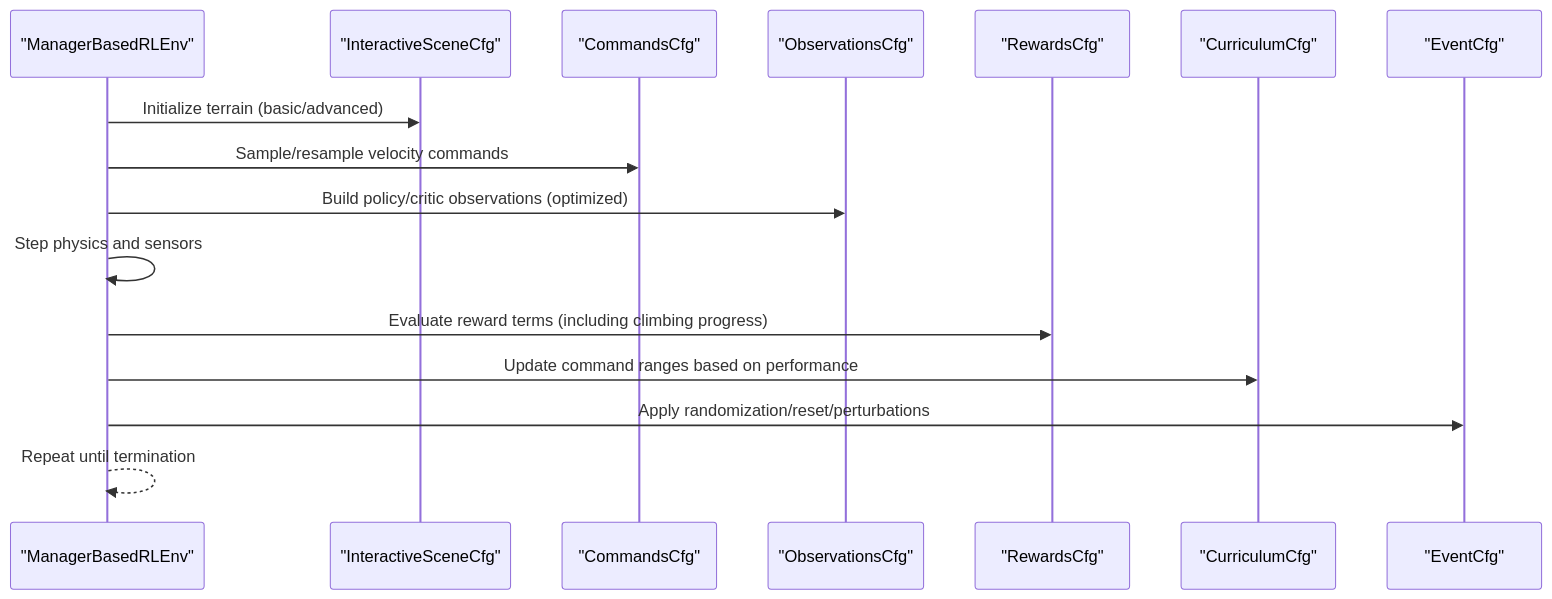
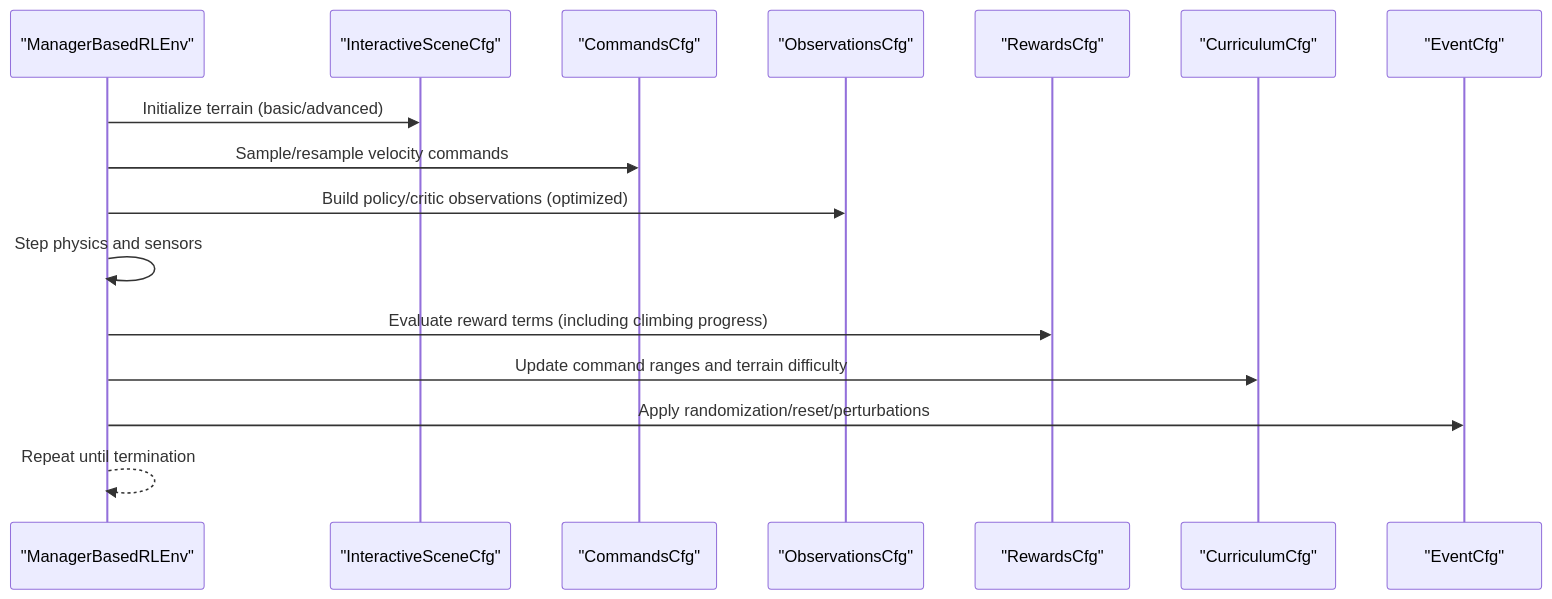
The second of 9 diagrams in .qoder/repowiki/en/content/Task Configuration Framework/Velocity-Based Locomotion Tasks/Velocity-Based Locomotion Tasks.md (jayjayhust/robot_lab), drawn with Mermaid before and after one commit. The commit also changed other lines of this file and 168 other files, not shown here.

````diff
--- a/.qoder/repowiki/en/content/Task Configuration Framework/Velocity-Based Locomotion Tasks/Velocity-Based Locomotion Tasks.md
+++ b/.qoder/repowiki/en/content/Task Configuration Framework/Velocity-Based Locomotion Tasks/Velocity-Based Locomotion Tasks.md
@@ -135,18 +138,18 @@
 ```mermaid
 sequenceDiagram
 participant Env as "ManagerBasedRLEnv"
 participant Scene as "InteractiveSceneCfg"
 participant Cmd as "CommandsCfg"
 participant Obs as "ObservationsCfg"
 participant Rew as "RewardsCfg"
 participant Cur as "CurriculumCfg"
 participant Ev as "EventCfg"
 Env->>Scene : Initialize terrain (basic/advanced)
 Env->>Cmd : Sample/resample velocity commands
 Env->>Obs : Build policy/critic observations (optimized)
 Env->>Env : Step physics and sensors
 Env->>Rew : Evaluate reward terms (including climbing progress)
-Env->>Cur : Update command ranges based on performance
+Env->>Cur : Update command ranges and terrain difficulty
 Env->>Ev : Apply randomization/reset/perturbations
 Env-->>Env : Repeat until termination
 ```
````
